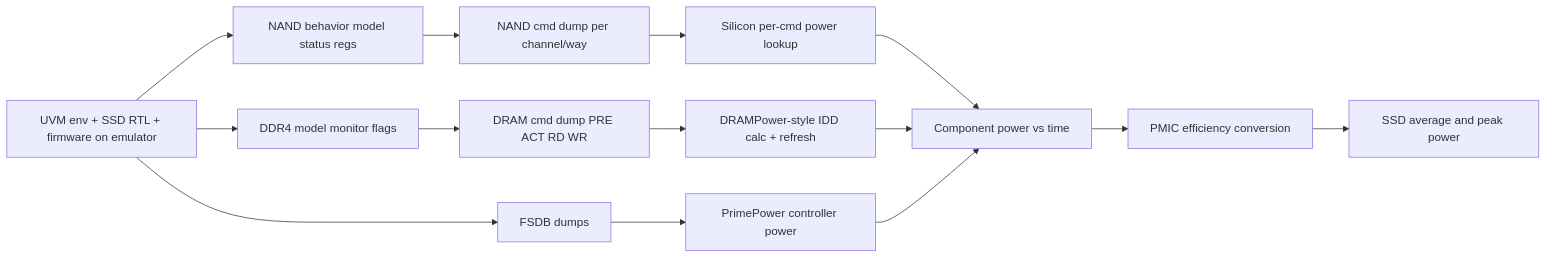
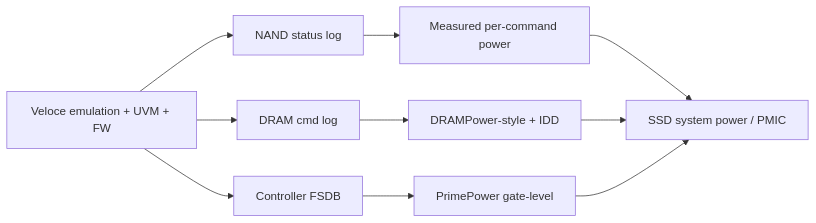
The diagram in docs/papers/ref-20261018-9555-system-level-power-estimation-of-ssds-under-real-workloads-u.md (nemo99007/yt-paper), drawn with Mermaid before and after one commit. The commit also changed other lines of this file and 172 other files, not shown here.

````diff
--- a/docs/papers/ref-20261018-9555-system-level-power-estimation-of-ssds-under-real-workloads-u.md
+++ b/docs/papers/ref-20261018-9555-system-level-power-estimation-of-ssds-under-real-workloads-u.md
@@ -251,16 +212,12 @@
 ```mermaid
 flowchart LR
-  A["UVM env + SSD RTL + firmware on emulator"] --> B["NAND behavior model status regs"]
-  A --> C["DDR4 model monitor flags"]
-  A --> D["FSDB dumps"]
-  B --> E["NAND cmd dump per channel/way"]
-  C --> F["DRAM cmd dump PRE ACT RD WR"]
-  E --> G["Silicon per-cmd power lookup"]
-  F --> H["DRAMPower-style IDD calc + refresh"]
-  D --> I["PrimePower controller power"]
-  G --> J["Component power vs time"]
-  H --> J
-  I --> J
-  J --> K["PMIC efficiency conversion"]
-  K --> L["SSD average and peak power"]
+  E[Veloce emulation + UVM + FW] --> N[NAND status log]
+  E --> D[DRAM cmd log]
+  E --> C[Controller FSDB]
+  N --> P1[Measured per-command power]
+  D --> P2[DRAMPower-style + IDD]
+  C --> P3[PrimePower gate-level]
+  P1 --> S[SSD system power / PMIC]
+  P2 --> S
+  P3 --> S
 ```
````
